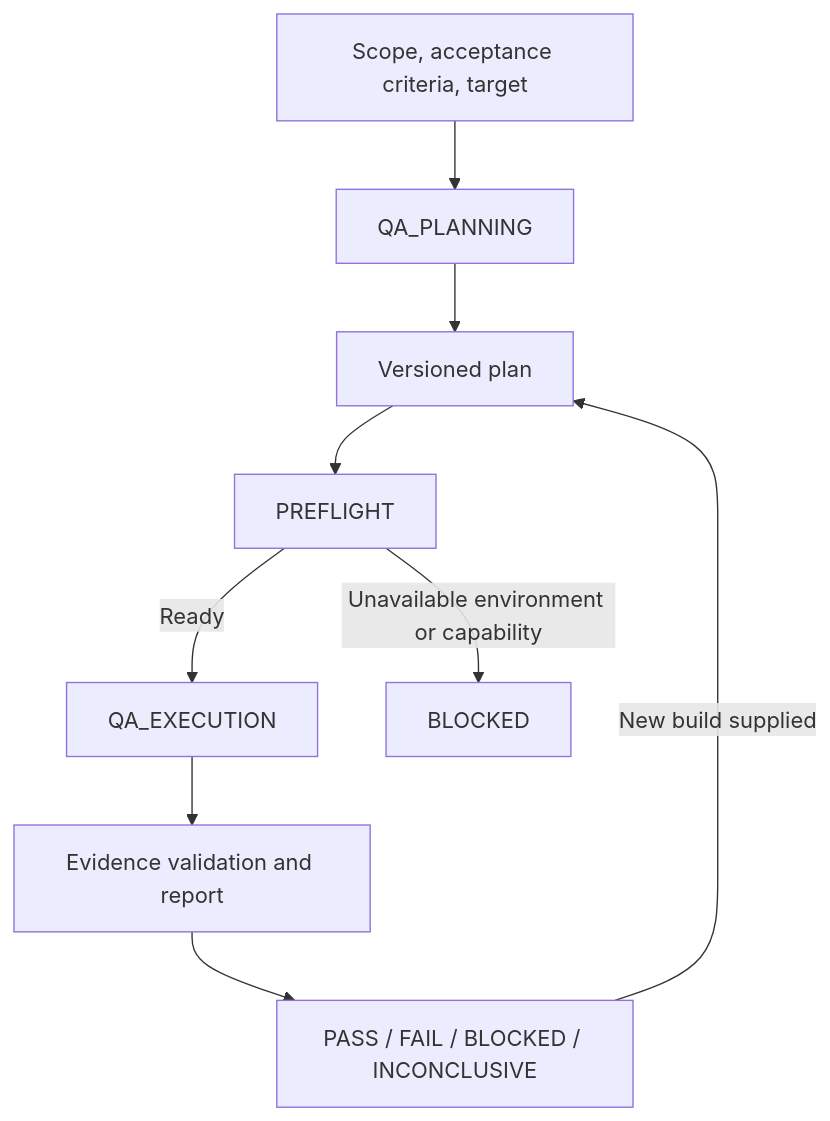
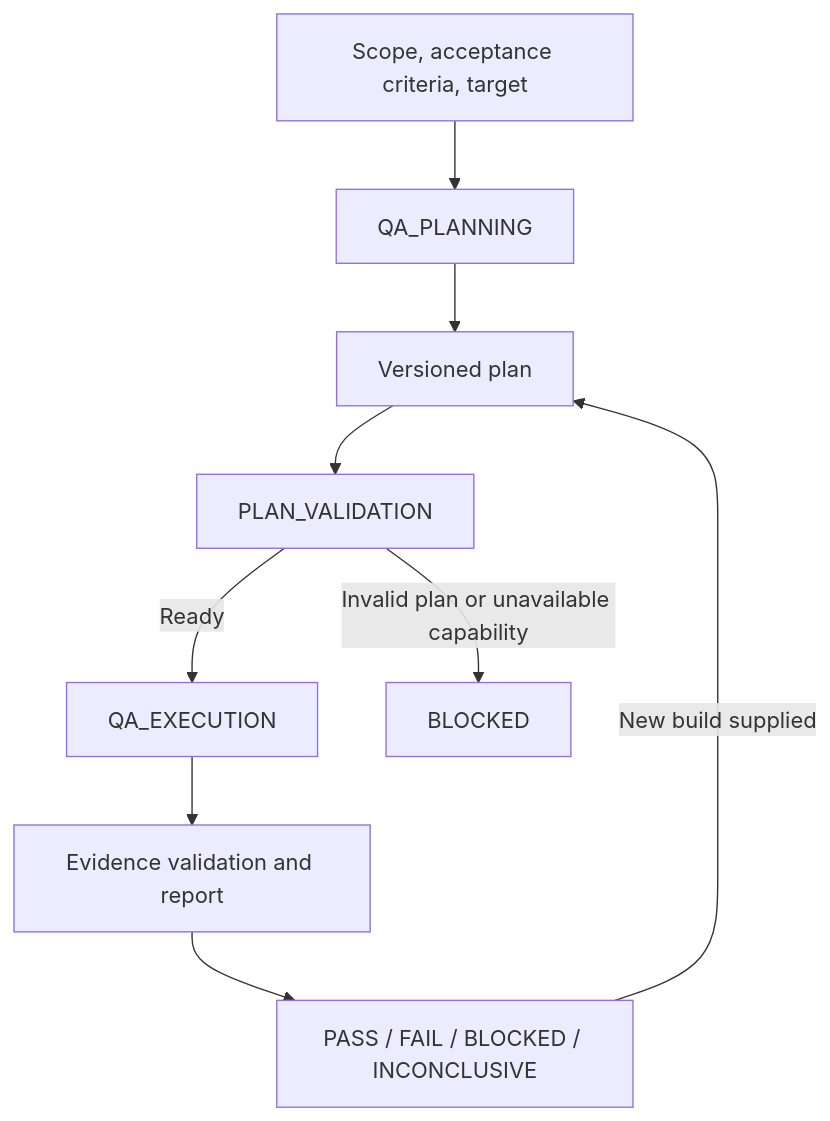
The diagram in sdk/docs/QA-TESTER-SCOPE.md (romabeckman/harness-kit), drawn with Mermaid before and after one commit. The commit also changed other lines of this file and 3 other files, not shown here.

````diff
--- a/sdk/docs/QA-TESTER-SCOPE.md
+++ b/sdk/docs/QA-TESTER-SCOPE.md
@@ -43,11 +54,11 @@
 ```mermaid
 flowchart TD
     A[Scope, acceptance criteria, target] --> B[QA_PLANNING]
     B --> C[Versioned plan]
-    C --> D[PREFLIGHT]
+    C --> D[PLAN_VALIDATION]
     D -->|Ready| E[QA_EXECUTION]
-    D -->|Unavailable environment or capability| H[BLOCKED]
+    D -->|Invalid plan or unavailable capability| H[BLOCKED]
     E --> F[Evidence validation and report]
     F --> G[PASS / FAIL / BLOCKED / INCONCLUSIVE]
     G -->|New build supplied| C
 ```
````
